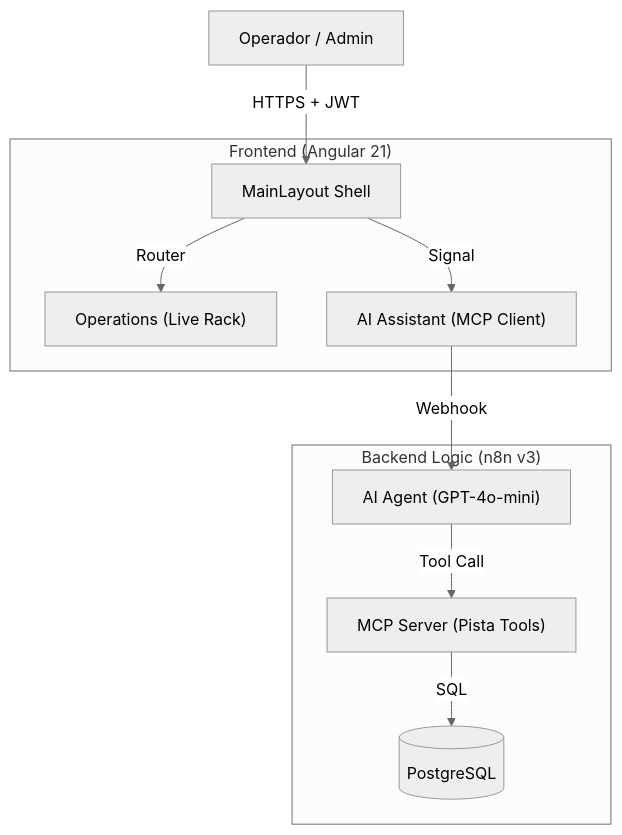
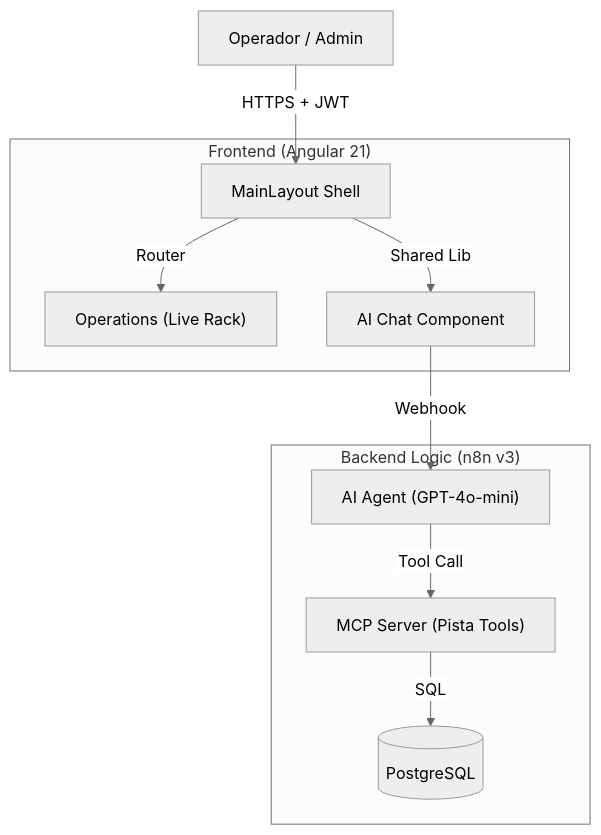
The diagram in hosting3m-workspace/projects/pista-hielo/ARCHITECTURE.md (fjpimienta/n8n-enterprise-automation-suite), drawn with Mermaid (neutral theme) before and after one commit. The commit also changed other lines of this file and 2 other files, not shown here.

````diff
--- a/hosting3m-workspace/projects/pista-hielo/ARCHITECTURE.md
+++ b/hosting3m-workspace/projects/pista-hielo/ARCHITECTURE.md
@@ -16,15 +15,16 @@
 ```mermaid
 graph TD
     User["Operador / Admin"] -->|"HTTPS + JWT"| SHELL["MainLayout Shell"]
     
     subgraph "Frontend (Angular 21)"
     SHELL -->|Router| OPS["Operations (Live Rack)"]
-    SHELL -->|Signal| AI_CHAT["AI Assistant (MCP Client)"]
+    SHELL -->|Shared Lib| AI_CHAT["AI Chat Component"]
     end
 
     subgraph "Backend Logic (n8n v3)"
     AI_CHAT -->|Webhook| AGENT["AI Agent (GPT-4o-mini)"]
     AGENT -->|Tool Call| MCP["MCP Server (Pista Tools)"]
     MCP -->|SQL| DB[("PostgreSQL")]
     end
+
 ```
````
